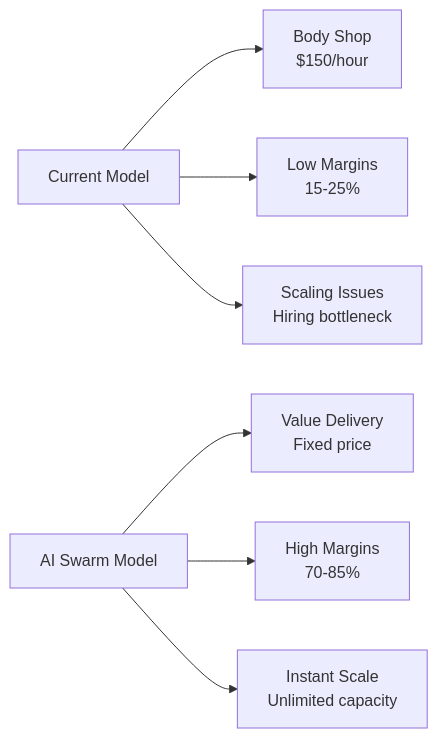
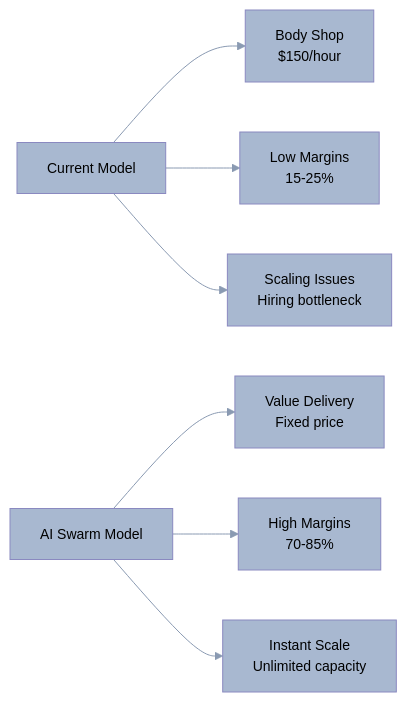
Before and after one commit to o2alexanderfedin/AI-Hive-Business-Docs: the second of 7 diagrams in business-documents/market-analysis/04-customer-segments.md, drawn with Mermaid. The commit also changed other lines of this file and 8 other files, not shown here.

First line of the commit message:
feat: Update Mermaid diagram colors with muted palette

````diff
--- a/business-documents/market-analysis/04-customer-segments.md
+++ b/business-documents/market-analysis/04-customer-segments.md
@@ -86,10 +148,72 @@
 ```mermaid
+%%{init: {
+  'theme': 'base',
+  'themeVariables': {
+    'primaryColor': '#A8B8D0',
+    'primaryTextColor': '#000000',
+    'primaryBorderColor': '#8A9AB2',
+    'lineColor': '#8A9AB2',
+    'secondaryColor': '#5DBCB6',
+    'secondaryTextColor': '#000000',
+    'secondaryBorderColor': '#3D9A94',
+    'tertiaryColor': '#84D4F5',
+    'tertiaryTextColor': '#000000',
+    'tertiaryBorderColor': '#5ABCD8',
+    'background': '#F5F5F5',
+    'mainBkg': '#A8B8D0',
+    'secondBkg': '#5DBCB6',
+    'tertiaryBkg': '#84D4F5',
+    'mainContrastColor': '#000000',
+    'darkMode': false,
+    'fontFamily': 'Arial, sans-serif',
+    'fontSize': '14px',
+    'labelBackground': '#E8E8E8',
+    'textColor': '#000000',
+    'nodeBkg': '#B3B2D8',
+    'nodeTextColor': '#000000',
+    'nodeBorder': '#8A89C0',
+    'clusterBkg': '#E5C4CA',
+    'clusterBorder': '#CDA2AB',
+    'defaultLinkColor': '#8A9AB2',
+    'titleColor': '#000000',
+    'edgeLabelBackground': '#F5F5F5',
+    'actorBorder': '#8A9AB2',
+    'actorBkg': '#B3B2D8',
+    'actorTextColor': '#000000',
+    'actorLineColor': '#8A9AB2',
+    'signalColor': '#000000',
+    'signalTextColor': '#000000',
+    'activationBorderColor': '#8A9AB2',
+    'activationBkgColor': '#E5C4CA',
+    'sequenceNumberColor': '#000000',
+    'sectionBkgColor': '#FFD54F',
+    'altSectionBkgColor': '#FFB74D',
+    'sectionBkgColor2': '#E1B3C4',
+    'taskBorderColor': '#8A9AB2',
+    'taskBkgColor': '#B3B2D8',
+    'taskTextColor': '#000000',
+    'taskTextLightColor': '#000000',
+    'taskTextOutsideColor': '#000000',
+    'taskTextClickableColor': '#000000',
+    'activeTaskBorderColor': '#A8B8D0',
+    'activeTaskBkgColor': '#84D4F5',
+    'gridColor': '#C0C0C0',
+    'doneTaskBkgColor': '#5DBCB6',
+    'doneTaskBorderColor': '#3D9A94',
+    'critBorderColor': '#E27D00',
+    'critBkgColor': '#FFB74D',
+    'todayLineColor': '#E27D00',
+    'labelColor': '#000000',
+    'errorBkgColor': '#E1B3C4',
+    'errorTextColor': '#000000'
+  }
+}}%%
 graph LR
     A[Current Model] --> A1[Body Shop<br/>$150/hour]
     A --> A2[Low Margins<br/>15-25%]
     A --> A3[Scaling Issues<br/>Hiring bottleneck]
 
     B[AI Swarm Model] --> B1[Value Delivery<br/>Fixed price]
     B --> B2[High Margins<br/>70-85%]
     B --> B3[Instant Scale<br/>Unlimited capacity]
 ```
````
